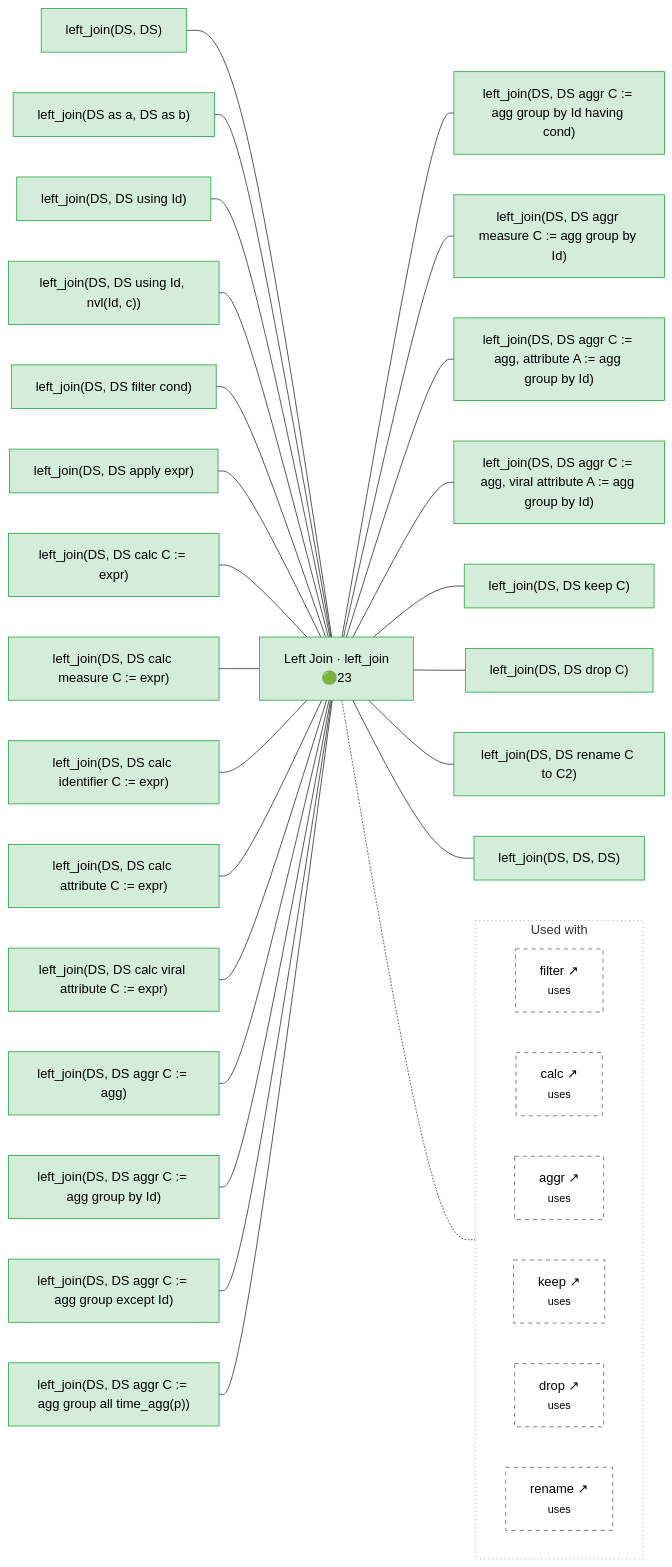
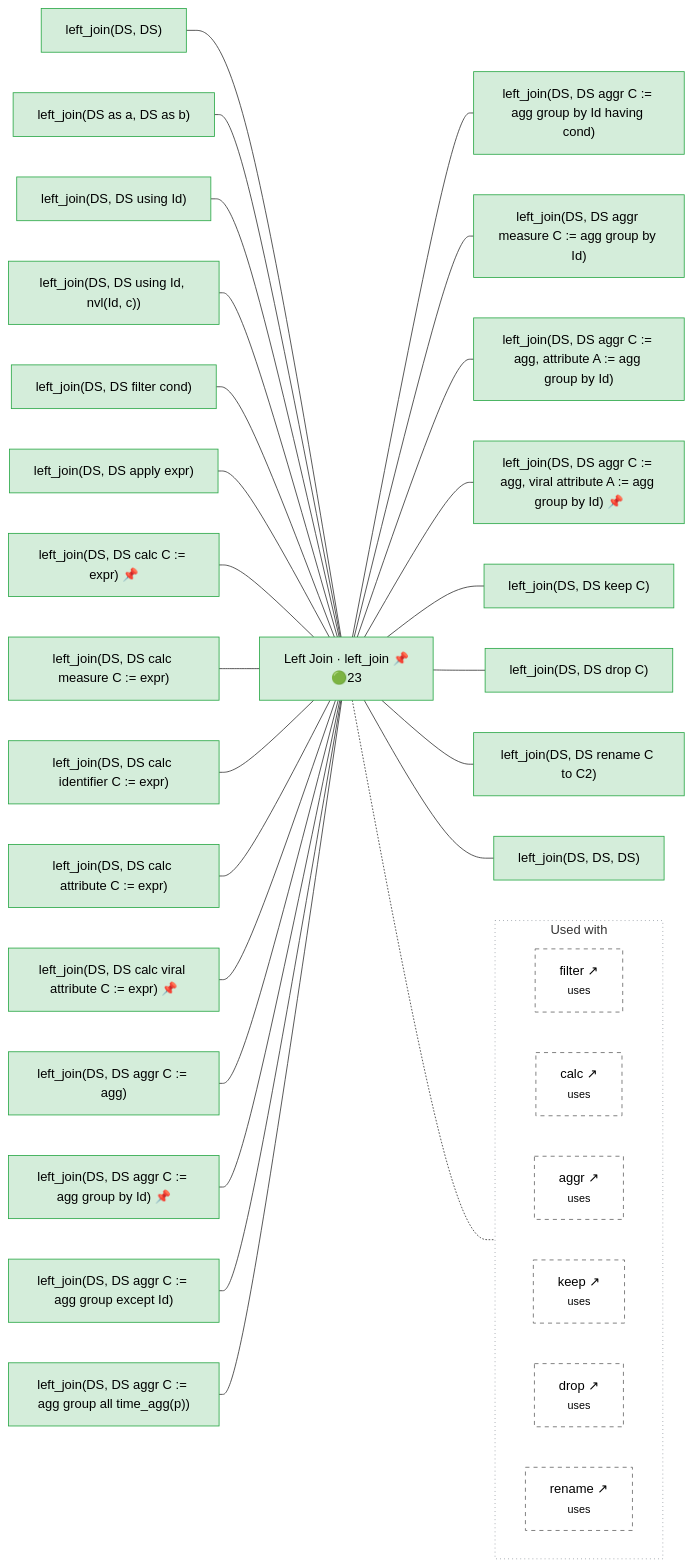
The diagram in docs/operator_map/join/left_join.rst (Meaningful-Data/vtlengine), drawn with Mermaid before and after one commit. The commit also changed 39 other files, not shown here.

```diff
--- a/docs/operator_map/join/left_join.rst
+++ b/docs/operator_map/join/left_join.rst
@@ -32,26 +32,26 @@
        classDef diverge fill:#cce5ff,stroke:#007bff,color:#000
        classDef block fill:#2b3a4a,stroke:#2b3a4a,color:#fff,font-weight:bold
        classDef ext fill:#fff,stroke:#666,color:#000,stroke-dasharray: 5 5
-       O["Left Join · left_join<br/>🟢23"]:::ok
+       O["Left Join · left_join 📌<br/>🟢23"]:::ok
        v_bare["left_join(DS, DS)"]:::ok
        v_aliases["left_join(DS as a, DS as b)"]:::ok
        v_using["left_join(DS, DS using Id)"]:::ok
        v_using_nvl["left_join(DS, DS using Id, nvl(Id, c))"]:::ok
        v_filter["left_join(DS, DS filter cond)"]:::ok
        v_apply["left_join(DS, DS apply expr)"]:::ok
-       v_calc_default["left_join(DS, DS calc C #58;#61; expr)"]:::ok
+       v_calc_default["left_join(DS, DS calc C #58;#61; expr) 📌"]:::ok
        v_calc_measure["left_join(DS, DS calc measure C #58;#61; expr)"]:::ok
        v_calc_identifier["left_join(DS, DS calc identifier C #58;#61; expr)"]:::ok
        v_calc_attribute["left_join(DS, DS calc attribute C #58;#61; expr)"]:::ok
-       v_calc_viral_attribute["left_join(DS, DS calc viral attribute C #58;#61; expr)"]:::ok
+       v_calc_viral_attribute["left_join(DS, DS calc viral attribute C #58;#61; expr) 📌"]:::ok
        v_aggr_no_group["left_join(DS, DS aggr C #58;#61; agg)"]:::ok
-       v_aggr_group_by["left_join(DS, DS aggr C #58;#61; agg group by Id)"]:::ok
+       v_aggr_group_by["left_join(DS, DS aggr C #58;#61; agg group by Id) 📌"]:::ok
        v_aggr_group_except["left_join(DS, DS aggr C #58;#61; agg group except Id)"]:::ok
        v_aggr_group_all["left_join(DS, DS aggr C #58;#61; agg group all time_agg(p))"]:::ok
        v_aggr_having["left_join(DS, DS aggr C #58;#61; agg group by Id having cond)"]:::ok
        v_aggr_measure["left_join(DS, DS aggr measure C #58;#61; agg group by Id)"]:::ok
        v_aggr_attribute["left_join(DS, DS aggr C #58;#61; agg, attribute A #58;#61; agg group by Id)"]:::ok
-       v_aggr_viral_attribute["left_join(DS, DS aggr C #58;#61; agg, viral attribute A #58;#61; agg group by Id)"]:::ok
+       v_aggr_viral_attribute["left_join(DS, DS aggr C #58;#61; agg, viral attribute A #58;#61; agg group by Id) 📌"]:::ok
        v_keep["left_join(DS, DS keep C)"]:::ok
        v_drop["left_join(DS, DS drop C)"]:::ok
        v_rename["left_join(DS, DS rename C to C2)"]:::ok
```
